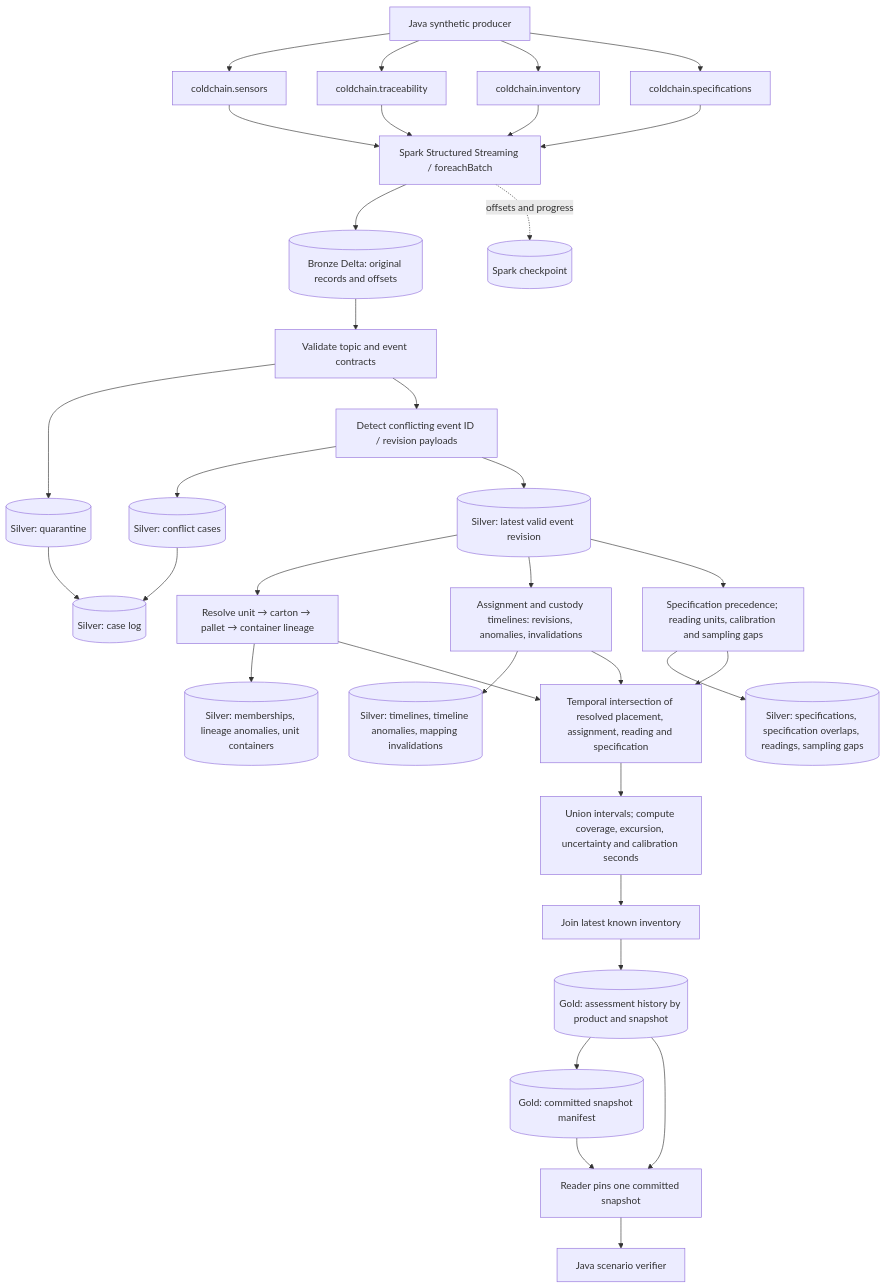
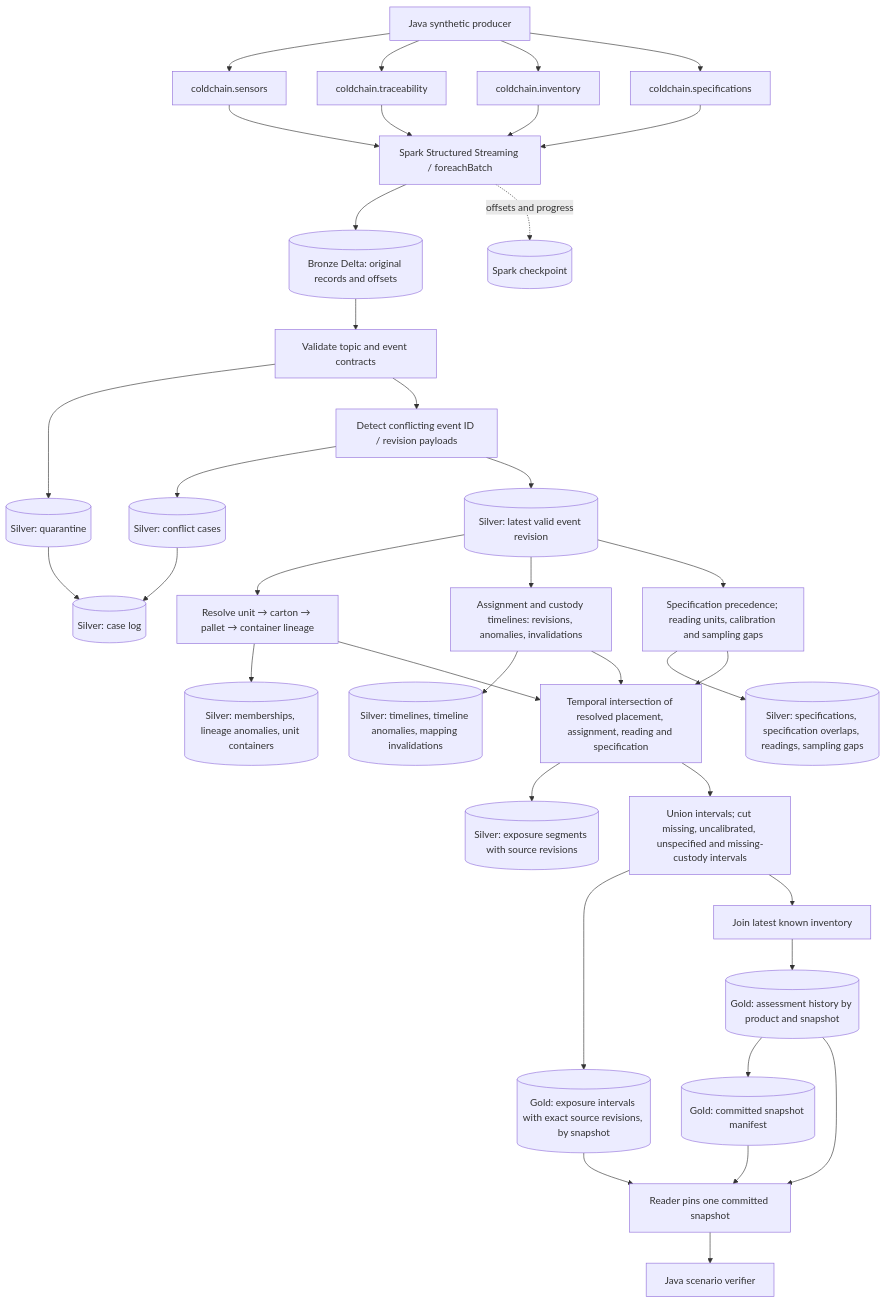
One commit to rmansoor/pharma-cold-chain changed the first of 2 diagrams in docs/architecture.md. Above: the diagram before and after it, drawn with Mermaid. The commit also changed other lines of this file and 9 other files, not shown here.

First line of the commit message:
SID-20: persist exposure intervals with exact source revisions

````diff
--- a/docs/architecture.md
+++ b/docs/architecture.md
@@ -13,36 +13,39 @@
 ```mermaid
 flowchart TD
   SIM[Java synthetic producer] --> S[coldchain.sensors]
   SIM --> T[coldchain.traceability]
   SIM --> I[coldchain.inventory]
   SIM --> P[coldchain.specifications]
   S --> ING[Spark Structured Streaming / foreachBatch]
   T --> ING
   I --> ING
   P --> ING
   ING --> B[(Bronze Delta: original records and offsets)]
   B --> V[Validate topic and event contracts]
   V --> Q[(Silver: quarantine)]
   V --> C[Detect conflicting event ID / revision payloads]
   C --> CQ[(Silver: conflict cases)]
   Q --> L[(Silver: case log)]
   CQ --> L
   C --> E[(Silver: latest valid event revision)]
   E --> LIN[Resolve unit → carton → pallet → container lineage]
   LIN --> LA[(Silver: memberships, lineage anomalies, unit containers)]
   E --> TL[Assignment and custody timelines: revisions, anomalies, invalidations]
   TL --> TA[(Silver: timelines, timeline anomalies, mapping invalidations)]
   TL --> J
   E --> SP[Specification precedence; reading units, calibration and sampling gaps]
   SP --> SQ[(Silver: specifications, specification overlaps, readings, sampling gaps)]
   SP --> J
   LIN --> J[Temporal intersection of resolved placement, assignment, reading and specification]
-  J --> U[Union intervals; compute coverage, excursion, uncertainty and calibration seconds]
+  J --> SEG[(Silver: exposure segments with source revisions)]
+  J --> U[Union intervals; cut missing, uncalibrated, unspecified and missing-custody intervals]
+  U --> IV[(Gold: exposure intervals with exact source revisions, by snapshot)]
   U --> INV[Join latest known inventory]
   INV --> H[(Gold: assessment history by product and snapshot)]
   H --> M[(Gold: committed snapshot manifest)]
   M --> R[Reader pins one committed snapshot]
   H --> R
+  IV --> R
   R --> VERIFY[Java scenario verifier]
   ING -. offsets and progress .-> CK[(Spark checkpoint)]
 ```
````
